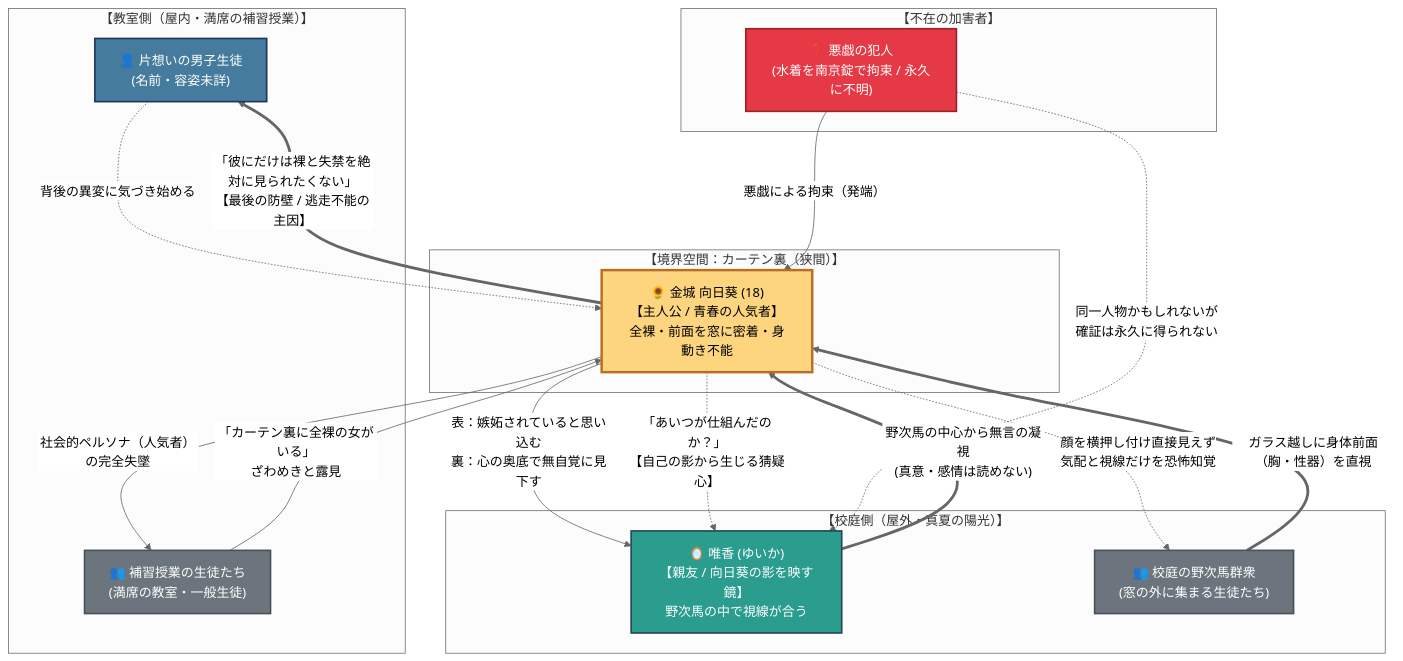
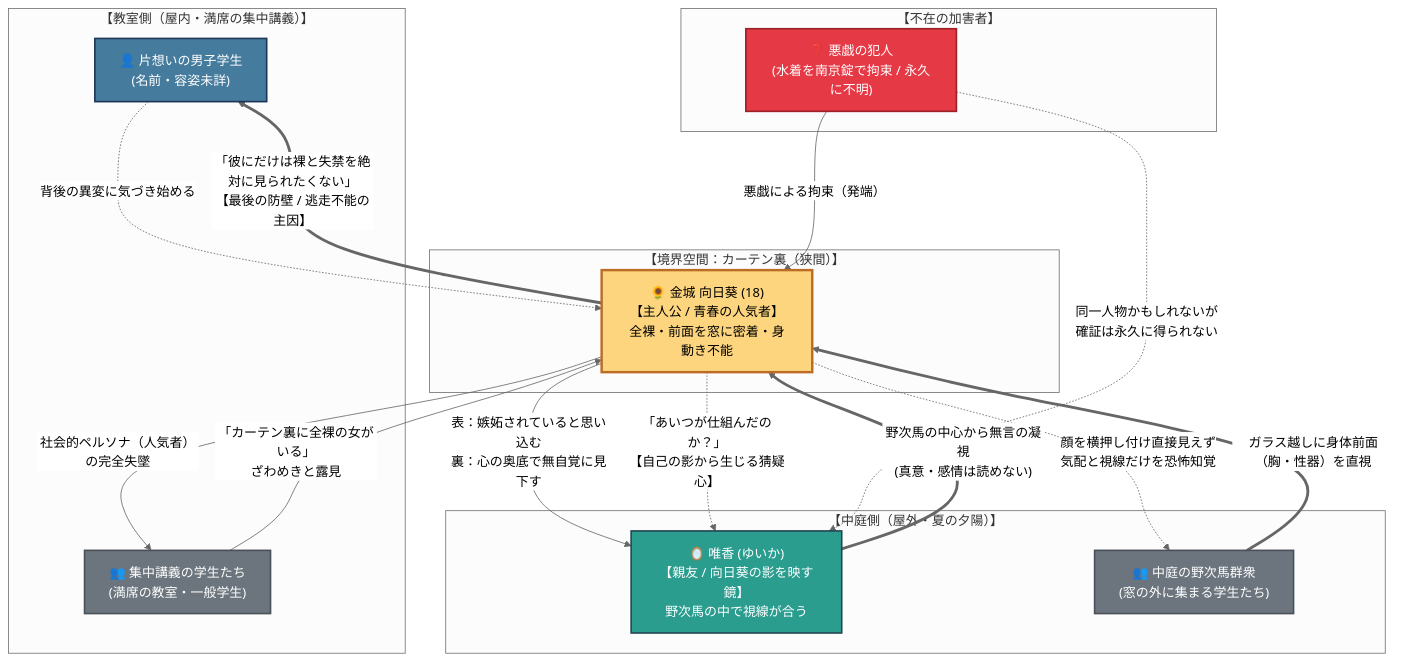
One commit to personaofhy/the-four-seasons-wiki changed the diagram in wiki/chapters/02-summer/relationship-diagram.md. Above: the diagram before and after it, drawn with Mermaid (neutral theme). The commit also changed other lines of this file and 9 other files, not shown here.

````diff
--- a/wiki/chapters/02-summer/relationship-diagram.md
+++ b/wiki/chapters/02-summer/relationship-diagram.md
@@ -17,47 +17,47 @@
 ```mermaid
 flowchart TB
     classDef protagonist fill:#FCD57E,stroke:#bc6c25,stroke-width:3px,color:#000;
     classDef secret fill:#457b9d,stroke:#1d3557,stroke-width:2px,color:#fff;
     classDef friend fill:#2a9d8f,stroke:#264653,stroke-width:2px,color:#fff;
     classDef crowd fill:#6c757d,stroke:#495057,stroke-width:2px,color:#fff;
     classDef culprit fill:#e63946,stroke:#9b2226,stroke-width:2px,color:#fff;
 
-    subgraph ClassroomSide ["【教室側（屋内・満席の補習授業）】"]
-        CrushBoy["👤 片想いの男子生徒<br/>(名前・容姿未詳)"]:::secret
-        Classmates["👥 補習授業の生徒たち<br/>(満席の教室・一般生徒)"]:::crowd
+    subgraph ClassroomSide ["【教室側（屋内・満席の集中講義）】"]
+        CrushBoy["👤 片想いの男子学生<br/>(名前・容姿未詳)"]:::secret
+        Classmates["👥 集中講義の学生たち<br/>(満席の教室・一般学生)"]:::crowd
     end
 
     subgraph TheCurtainSpace ["【境界空間：カーテン裏（狭間）】"]
         Himawari["🌻 金城 向日葵 (18)<br/>【主人公 / 青春の人気者】<br/>全裸・前面を窓に密着・身動き不能"]:::protagonist
     end
 
-    subgraph SchoolyardSide ["【校庭側（屋外・真夏の陽光）】"]
+    subgraph SchoolyardSide ["【中庭側（屋外・夏の夕陽）】"]
         Yuika["🪞 唯香 (ゆいか)<br/>【親友 / 向日葵の影を映す鏡】<br/>野次馬の中で視線が合う"]:::friend
-        YardCrowd["👥 校庭の野次馬群衆<br/>(窓の外に集まる生徒たち)"]:::crowd
+        YardCrowd["👥 中庭の野次馬群衆<br/>(窓の外に集まる学生たち)"]:::crowd
     end
 
     subgraph UnknownEntity ["【不在の加害者】"]
         Culprit["❓ 悪戯の犯人<br/>(水着を南京錠で拘束 / 永久に不明)"]:::culprit
     end
 
     %% 主人公 ⇄ 片想い男子
     Himawari ==>|"「彼にだけは裸と失禁を絶対に見られたくない」<br/>【最後の防壁 / 逃走不能の主因】"| CrushBoy
     CrushBoy -.->|"背後の異変に気づき始める"| Himawari
 
-    %% 主人公 ⇄ 教室生徒
+    %% 主人公 ⇄ 教室学生
     Himawari -->|"社会的ペルソナ（人気者）の完全失墜"| Classmates
     Classmates -->|"「カーテン裏に全裸の女がいる」<br/>ざわめきと露見"| Himawari
 
     %% 主人公 ⇄ 唯香
     Himawari -->|"表：嫉妬されていると思い込む<br/>裏：心の奥底で無自覚に見下す"| Yuika
     Himawari -.->|"「あいつが仕組んだのか？」<br/>【自己の影から生じる猜疑心】"| Yuika
     Yuika ==>|"野次馬の中心から無言の凝視<br/>(真意・感情は読めない)"| Himawari
 
-    %% 主人公 ⇄ 校庭野次馬
+    %% 主人公 ⇄ 中庭野次馬
     YardCrowd ==>|"ガラス越しに身体前面（胸・性器）を直視"| Himawari
     Himawari -.->|"顔を横押し付け直接見えず<br/>気配と視線だけを恐怖知覚"| YardCrowd
 
     %% 犯人 ⇄ 唯香・向日葵
     Culprit -.->|"同一人物かもしれないが<br/>確証は永久に得られない"| Yuika
     Culprit -->|"悪戯による拘束（発端）"| Himawari
 ```
````
